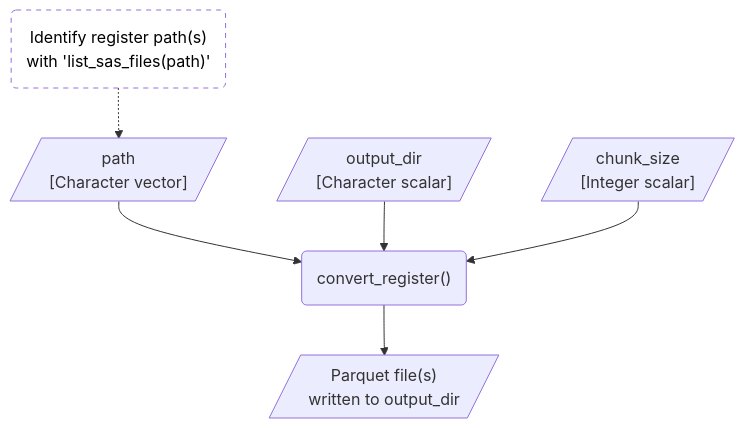
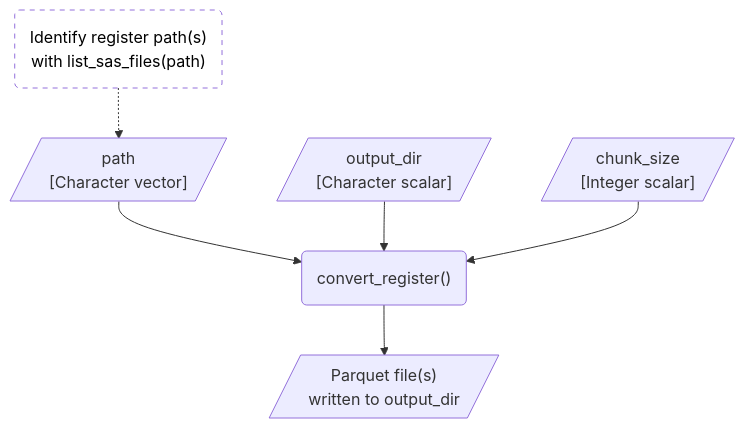
One commit to dp-next/registers2parquet changed the first of 3 diagrams in vignettes/design.qmd. Above: the diagram before and after it, drawn with Mermaid. The commit also changed other lines of this file, not shown here.

````diff
--- a/vignettes/design.qmd
+++ b/vignettes/design.qmd
@@ -57,20 +63,20 @@
 ```{mermaid}
 %%| label: fig-flow
 %%| fig-cap: "Expected workflow for converting SAS files from a single register using `convert_register()`."
 %%| fig-alt: "A flowchart showing the expected flow of converting register SAS files to Parquet files."
 flowchart TD
-    identify_paths("Identify register path(s)<br>with 'list_sas_files(path)'")
+    identify_paths("Identify register path(s)<br>with list_sas_files(path)")
     path[/"path<br>[Character vector]"/]
     output_dir[/"output_dir<br>[Character scalar]"/]
     chunk_size[/"chunk_size<br>[Integer scalar]"/]
     convert_register("convert_register()")
     output[/"Parquet file(s)<br>written to output_dir"/]
 
     %% Edges
     identify_paths -.-> path --> convert_register
     output_dir & chunk_size --> convert_register
     convert_register --> output
 
     %% Style
     style identify_paths fill:#FFFFFF, color:#000000, stroke-dasharray: 5 5
 ```
````
